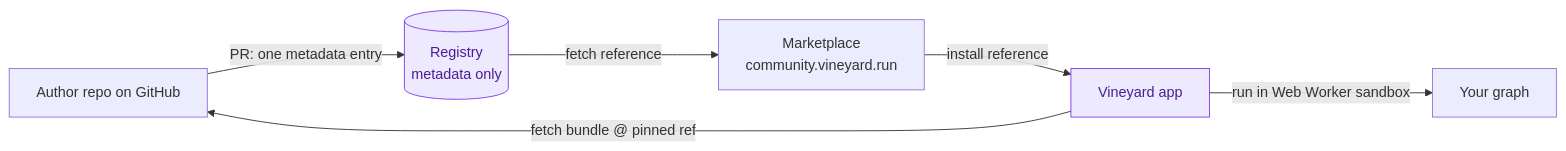
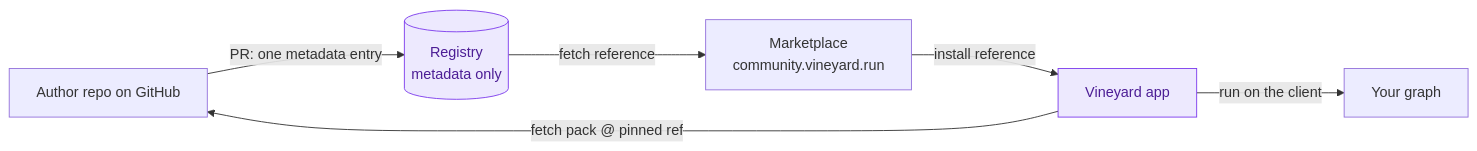
Before and after one commit to Vineyard-Intelligence/documentation: the diagram in docs/index.md, drawn with Mermaid. The commit also changed other lines of this file and 39 other files, not shown here.

````diff
--- a/docs/index.md
+++ b/docs/index.md
@@ -48,10 +48,10 @@
 ```mermaid
 flowchart LR
     A[Author repo on GitHub] -->|PR: one metadata entry| B[(Registry<br/>metadata only)]
     B -->|fetch reference| C[Marketplace<br/>community.vineyard.run]
     C -->|install reference| D[Vineyard app]
-    D -->|fetch bundle @ pinned ref| A
-    D -->|run in Web Worker sandbox| E[Your graph]
+    D -->|fetch pack @ pinned ref| A
+    D -->|run on the client| E[Your graph]
     style B fill:#ede9fe,stroke:#7c3aed,color:#4c1d95
     style D fill:#ede9fe,stroke:#7c3aed,color:#4c1d95
 ```
````
